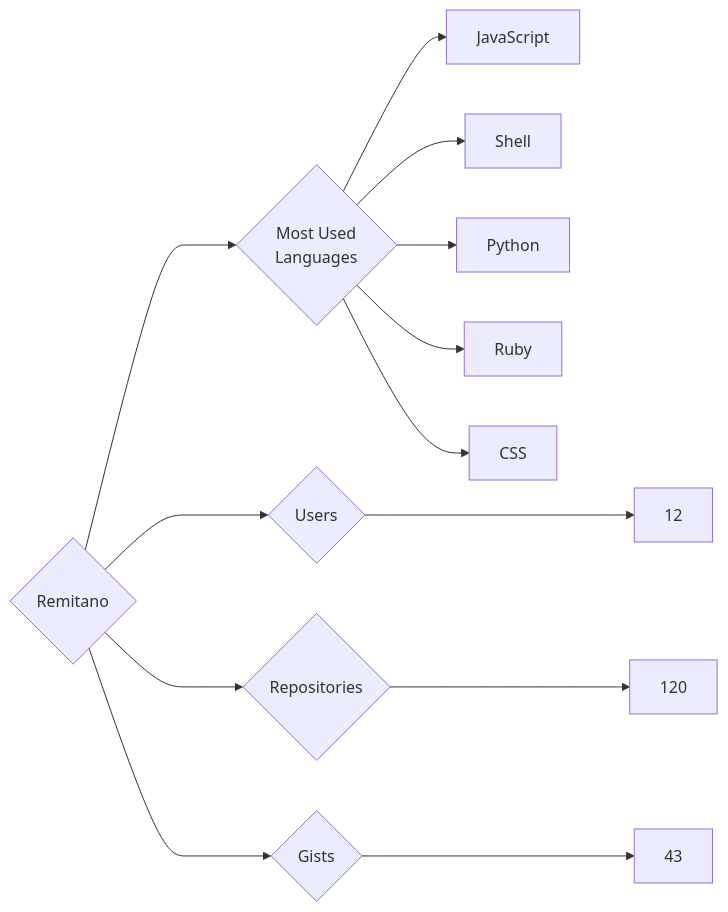
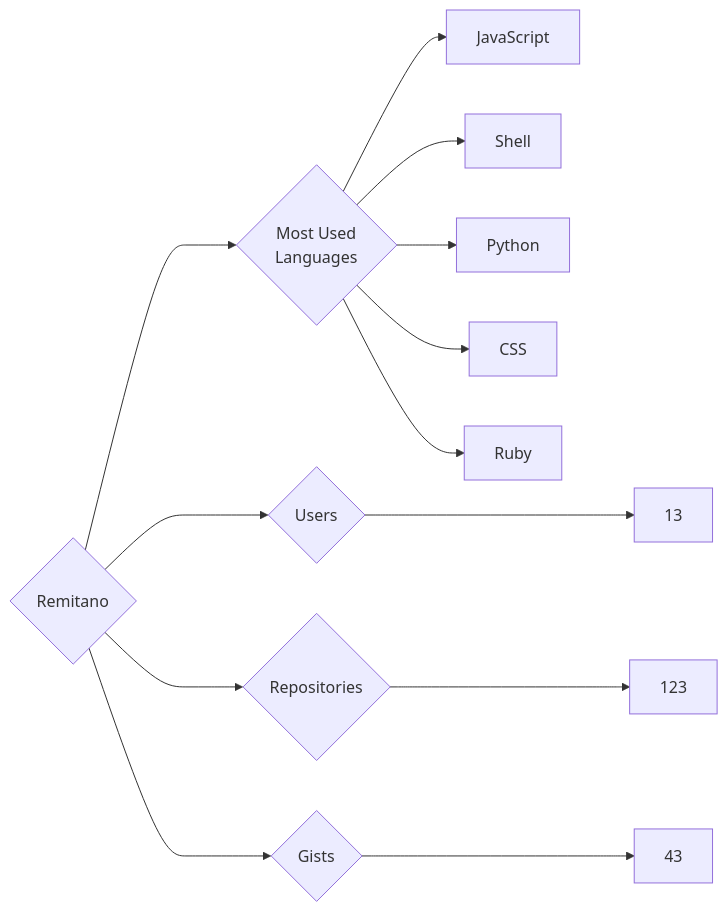
One commit to trickest/insiders changed the diagram in targets/Remitano/README.md. Above: the diagram before and after it, drawn with Mermaid. The commit also changed 1484 other files, not shown here.

````diff
--- a/targets/Remitano/README.md
+++ b/targets/Remitano/README.md
@@ -3,13 +3,13 @@
 ```mermaid
 graph LR
 COMPANY_NAME{Remitano}
-COMPANY_NAME ---> U{Users} ---> UN[12]
-COMPANY_NAME ---> R{Repositories} ---> RN[120]
+COMPANY_NAME ---> U{Users} ---> UN[13]
+COMPANY_NAME ---> R{Repositories} ---> RN[123]
 COMPANY_NAME ---> G{Gists} ---> GN[43]
 COMPANY_NAME ---> ML{Most Used<br>Languages}
 ML --> JavaScript[JavaScript]
 ML --> Shell[Shell]
 ML --> Python[Python]
+ML --> CSS[CSS]
 ML --> Ruby[Ruby]
-ML --> CSS[CSS]
 ```
````
